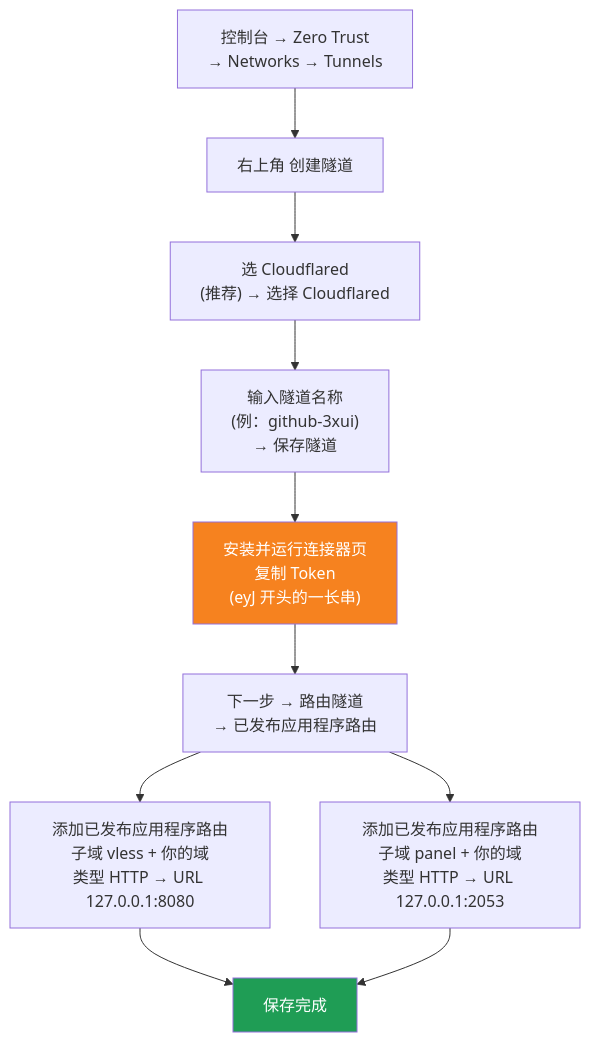
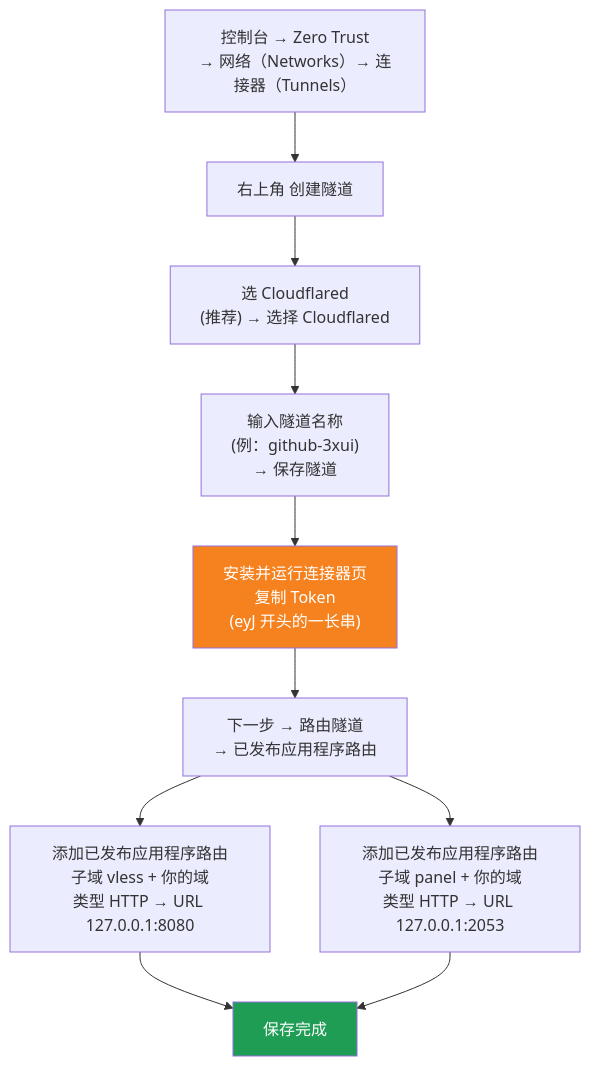
Before and after one commit to 1246437945/cloud-3xui: the third of 3 diagrams in README.md, drawn with Mermaid. The commit also changed other lines of this file, not shown here.

Commit message:
docs: use Chinese UI labels for Networks and Tunnels

````diff
--- a/README.md
+++ b/README.md
@@ -71,15 +71,15 @@
 ```mermaid
 flowchart TD
-    A["控制台 → Zero Trust<br/>→ Networks → Tunnels"] --> B["右上角 创建隧道"]
+    A["控制台 → Zero Trust<br/>→ 网络（Networks）→ 连接器（Tunnels）"] --> B["右上角 创建隧道"]
     B --> C["选 Cloudflared<br/>(推荐) → 选择 Cloudflared"]
     C --> D["输入隧道名称<br/>(例：github-3xui)<br/>→ 保存隧道"]
     D --> E["安装并运行连接器页<br/>复制 Token<br/>(eyJ 开头的一长串)"]
     E --> F["下一步 → 路由隧道<br/>→ 已发布应用程序路由"]
     F --> G["添加已发布应用程序路由<br/>子域 vless + 你的域<br/>类型 HTTP → URL 127.0.0.1:8080"]
     F --> H["添加已发布应用程序路由<br/>子域 panel + 你的域<br/>类型 HTTP → URL 127.0.0.1:2053"]
     G --> I["保存完成"]
     H --> I
 
     style E fill:#f6821f,color:#fff
     style I fill:#1f9d55,color:#fff
 ```
````
